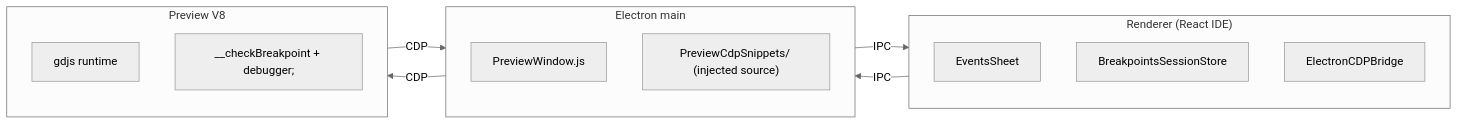
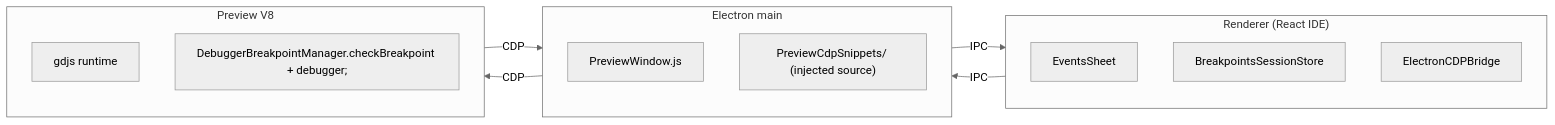
Before and after one commit to 4ian/GDevelop: the diagram in BREAKPOINTS.md, drawn with Mermaid (neutral theme). The commit also changed other lines of this file, not shown here.

Commit message:
Update BREAKPOINTS.md for DebuggerBreakpointManager refactor

````diff
--- a/BREAKPOINTS.md
+++ b/BREAKPOINTS.md
@@ -17,23 +17,23 @@
 ```mermaid
 flowchart LR
     subgraph "Renderer (React IDE)"
         direction TB
         A1[EventsSheet]
         A2[BreakpointsSessionStore]
         A3[ElectronCDPBridge]
     end
     subgraph "Electron main"
         direction TB
         B1[PreviewWindow.js]
         B2["PreviewCdpSnippets/ (injected source)"]
     end
     subgraph "Preview V8"
         direction TB
         C1[gdjs runtime]
-        C2["__checkBreakpoint + debugger;"]
+        C2["DebuggerBreakpointManager.checkBreakpoint + debugger;"]
     end
     A3 -- IPC --> B1
     B1 -- CDP --> C1
     C1 -- CDP --> B1
     B1 -- IPC --> A3
 ```
````
